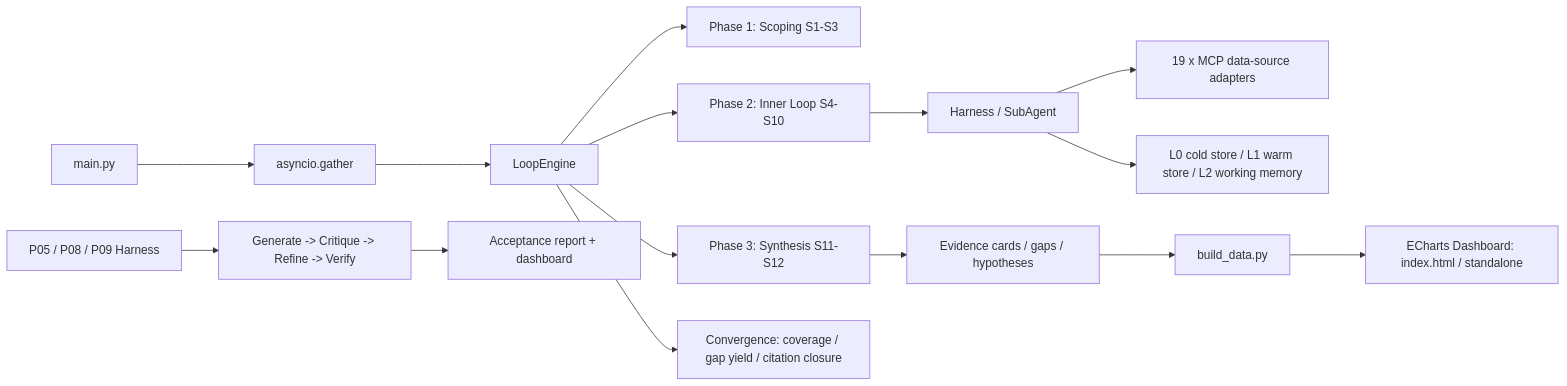
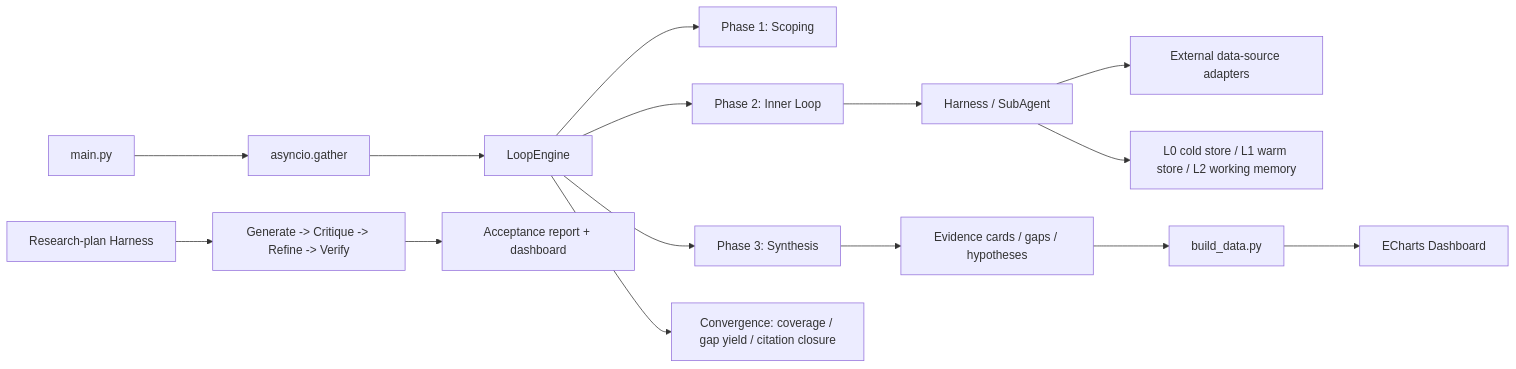
Before and after one commit to notifonly/Research-Project-Initiation-System: the diagram in README.md, drawn with Mermaid. The commit also changed other lines of this file and 48 other files, not shown here.

````diff
--- a/README.md
+++ b/README.md
@@ -61,17 +22,17 @@
 ```mermaid
 flowchart LR
     A[main.py] --> B[asyncio.gather]
     B --> C[LoopEngine]
-    C --> D[Phase 1: Scoping S1-S3]
-    C --> E[Phase 2: Inner Loop S4-S10]
-    C --> F[Phase 3: Synthesis S11-S12]
+    C --> D[Phase 1: Scoping]
+    C --> E[Phase 2: Inner Loop]
+    C --> F[Phase 3: Synthesis]
     E --> G[Harness / SubAgent]
-    G --> H[19 x MCP data-source adapters]
+    G --> H[External data-source adapters]
     G --> I[L0 cold store / L1 warm store / L2 working memory]
     C --> J[Convergence: coverage / gap yield / citation closure]
     F --> K[Evidence cards / gaps / hypotheses]
     K --> L[build_data.py]
-    L --> M[ECharts Dashboard: index.html / standalone]
-    N[P05 / P08 / P09 Harness] --> O[Generate -> Critique -> Refine -> Verify]
+    L --> M[ECharts Dashboard]
+    N[Research-plan Harness] --> O[Generate -> Critique -> Refine -> Verify]
     O --> P[Acceptance report + dashboard]
 ```
````
